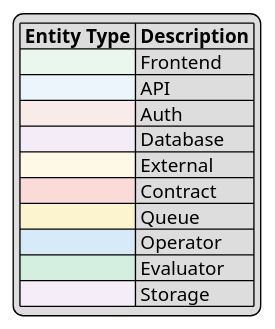
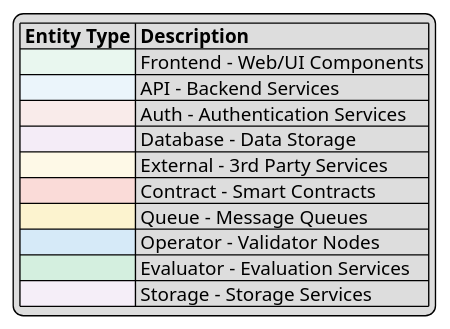
One commit to k-g-j/ll-sequence-diagrams changed the diagram in plantuml-diagrams/common-style.puml. Above: the diagram before and after it, drawn with PlantUML. The commit also changed 20 other files, not shown here.

Commit message:
Add styled component types to diagrams with color coding and enhanced formatting

```diff
--- a/plantuml-diagrams/common-style.puml
+++ b/plantuml-diagrams/common-style.puml
@@ -1,76 +1,111 @@
 @startuml common-style
 
 ' Common styling for all sequence diagrams in LayerLens
-' Defines entity types with distinct colors and styles
+' Defines entity types with distinct shapes, colors and styles
 
 ' Basic styling
 skinparam monochrome false
 skinparam handwritten false
 skinparam shadowing false
 skinparam defaultFontName Arial
 skinparam sequenceMessageAlign center
 skinparam linetype polyline
 
-' Define entity styles
-skinparam participant {
-  BackgroundColor white
-  BorderColor black
+' Define stereotype-based styling
+
+' Web/Frontend Components
+skinparam participant<<Frontend>> {
+  BackgroundColor #E9F7EF
+  BorderColor #27AE60
+  BorderThickness 2
+  FontStyle bold
 }
 
-' Define stereotypes and colors for different entity types
-' Web/Frontend Components
-skinparam participantBackgroundColor<<Frontend>> #E9F7EF
-skinparam participantBorderColor<<Frontend>> #27AE60
-
 ' Backend API Services
-skinparam participantBackgroundColor<<API>> #EBF5FB
-skinparam participantBorderColor<<API>> #3498DB
+skinparam participant<<API>> {
+  BackgroundColor #EBF5FB
+  BorderColor #3498DB
+  BorderThickness 2
+  FontStyle bold
+}
 
 ' Authentication Services
-skinparam participantBackgroundColor<<Auth>> #F9EBEA
-skinparam participantBorderColor<<Auth>> #E74C3C
+skinparam participant<<Auth>> {
+  BackgroundColor #F9EBEA
+  BorderColor #E74C3C
+  BorderThickness 2
+  FontStyle bold
+}
 
 ' Database/Storage Services
-skinparam participantBackgroundColor<<Database>> #F4ECF7
-skinparam participantBorderColor<<Database>> #8E44AD
+skinparam participant<<Database>> {
+  BackgroundColor #F4ECF7
+  BorderColor #8E44AD
+  BorderThickness 2
+  FontStyle bold
+}
 
 ' External 3rd Party Services
-skinparam participantBackgroundColor<<External>> #FEF9E7
-skinparam participantBorderColor<<External>> #F1C40F
+skinparam participant<<External>> {
+  BackgroundColor #FEF9E7
+  BorderColor #F1C40F
+  BorderThickness 2
+  FontStyle bold
+}
 
 ' Smart Contracts
-skinparam participantBackgroundColor<<Contract>> #FADBD8
-skinparam participantBorderColor<<Contract>> #943126
+skinparam participant<<Contract>> {
+  BackgroundColor #FADBD8
+  BorderColor #943126
+  BorderThickness 2
+  FontStyle bold
+}
 
 ' Message Queues
-skinparam participantBackgroundColor<<Queue>> #FCF3CF
-skinparam participantBorderColor<<Queue>> #B7950B
+skinparam participant<<Queue>> {
+  BackgroundColor #FCF3CF
+  BorderColor #B7950B
+  BorderThickness 2
+  FontStyle bold
+}
 
 ' Validator/Operator Nodes
-skinparam participantBackgroundColor<<Operator>> #D6EAF8
-skinparam participantBorderColor<<Operator>> #2E86C1
+skinparam participant<<Operator>> {
+  BackgroundColor #D6EAF8
+  BorderColor #2E86C1
+  BorderThickness 2
+  FontStyle bold
+}
 
 ' Evaluation Services
-skinparam participantBackgroundColor<<Evaluator>> #D4EFDF
-skinparam participantBorderColor<<Evaluator>> #196F3D
+skinparam participant<<Evaluator>> {
+  BackgroundColor #D4EFDF
+  BorderColor #196F3D
+  BorderThickness 2
+  FontStyle bold
+}
 
 ' Storage Services (S3, etc)
-skinparam participantBackgroundColor<<Storage>> #F5EEF8
-skinparam participantBorderColor<<Storage>> #76448A
+skinparam participant<<Storage>> {
+  BackgroundColor #F5EEF8
+  BorderColor #76448A
+  BorderThickness 2
+  FontStyle bold
+}
 
 ' Standard legend to include in diagrams
 legend
   |= Entity Type |= Description |
-  |<#E9F7EF>| Frontend | Web/UI Components |
-  |<#EBF5FB>| API | Backend Services |
-  |<#F9EBEA>| Auth | Authentication Services |
-  |<#F4ECF7>| Database | Data Storage |
-  |<#FEF9E7>| External | 3rd Party Services |
-  |<#FADBD8>| Contract | Smart Contracts |
-  |<#FCF3CF>| Queue | Message Queues |
-  |<#D6EAF8>| Operator | Validator Nodes |
-  |<#D4EFDF>| Evaluator | Evaluation Services |
-  |<#F5EEF8>| Storage | Storage Services |
+  |<#E9F7EF>| Frontend - Web/UI Components |
+  |<#EBF5FB>| API - Backend Services |
+  |<#F9EBEA>| Auth - Authentication Services |
+  |<#F4ECF7>| Database - Data Storage |
+  |<#FEF9E7>| External - 3rd Party Services |
+  |<#FADBD8>| Contract - Smart Contracts |
+  |<#FCF3CF>| Queue - Message Queues |
+  |<#D6EAF8>| Operator - Validator Nodes |
+  |<#D4EFDF>| Evaluator - Evaluation Services |
+  |<#F5EEF8>| Storage - Storage Services |
 endlegend
 
 @enduml
```
